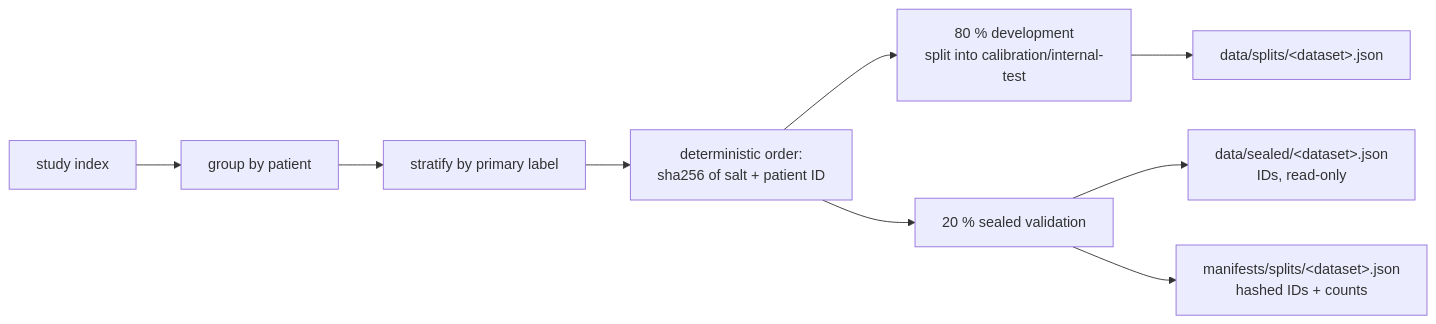
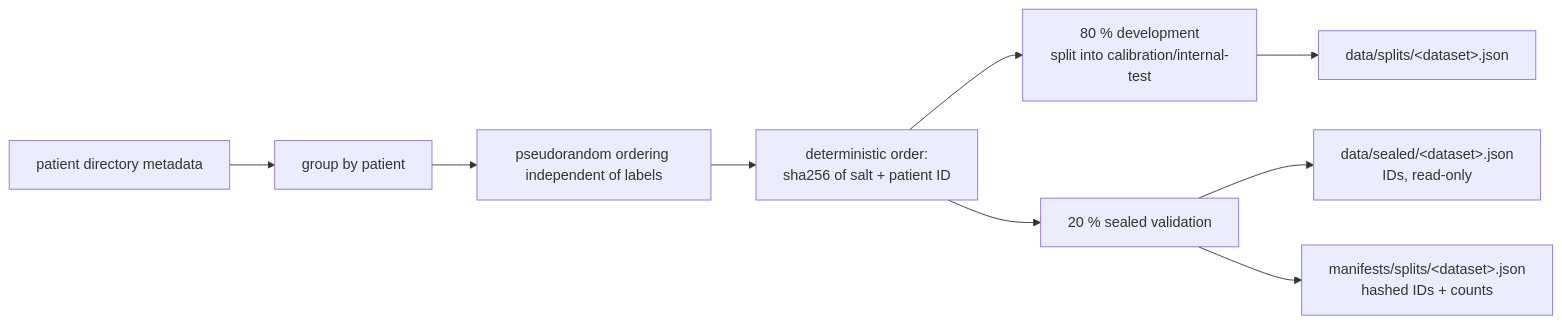
One commit to marcelpetrick/ThoraxGPT_from_Wish changed the eighth of 10 diagrams in docs/architecture.md. Above: the diagram before and after it, drawn with Mermaid. The commit also changed other lines of this file and 32 other files, not shown here.

````diff
--- a/docs/architecture.md
+++ b/docs/architecture.md
@@ -236,11 +268,11 @@
 ```mermaid
 flowchart LR
-    A[study index] --> B[group by patient]
-    B --> C[stratify by primary label]
+    A[patient directory metadata] --> B[group by patient]
+    B --> C[pseudorandom ordering independent of labels]
     C --> D[deterministic order:<br/>sha256 of salt + patient ID]
     D --> E[80 % development<br/>split into calibration/internal-test]
     D --> F[20 % sealed validation]
     F --> G[data/sealed/&lt;dataset&gt;.json<br/>IDs, read-only]
     F --> H[manifests/splits/&lt;dataset&gt;.json<br/>hashed IDs + counts]
     E --> I[data/splits/&lt;dataset&gt;.json]
 ```
````
